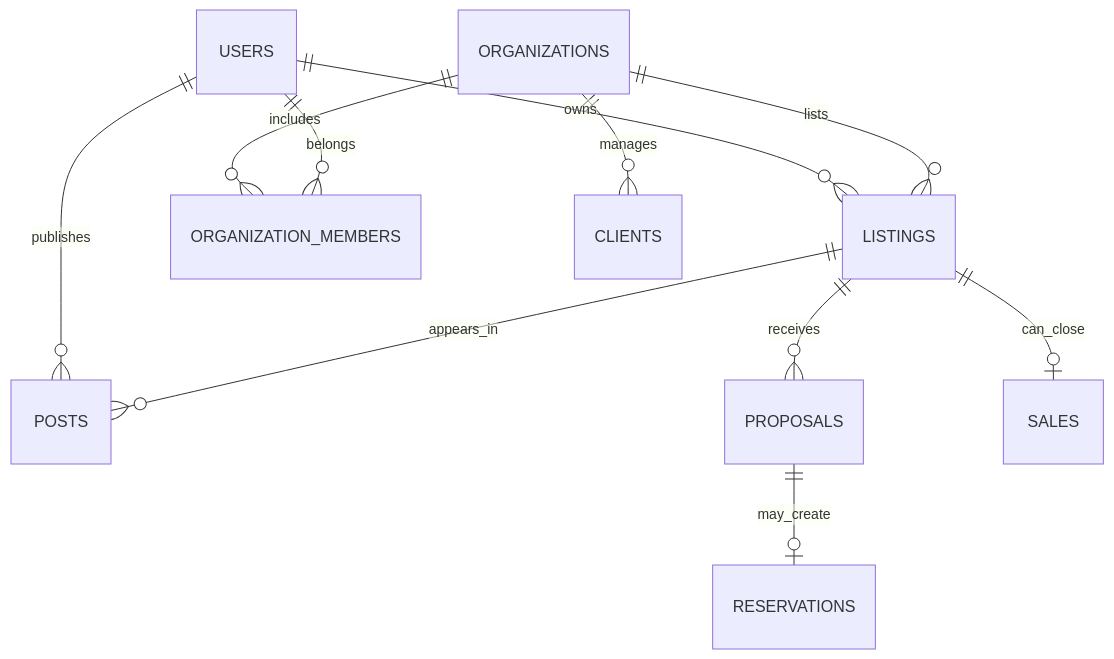
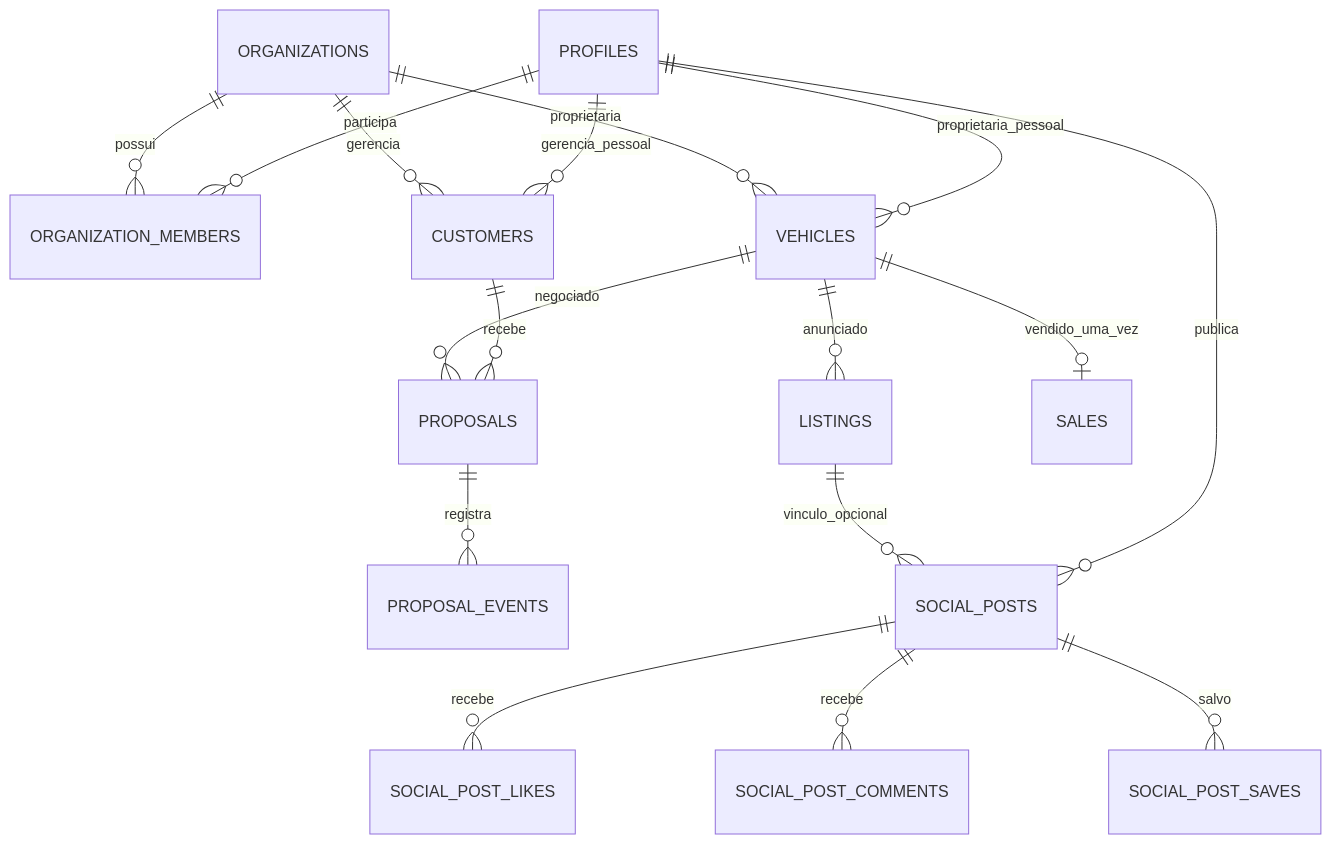
One commit to Jhenrique00/MotorSync changed the diagram in docs/modelo-de-dados.md. Above: the diagram before and after it, drawn with Mermaid. The commit also changed other lines of this file, not shown here.

````diff
--- a/docs/modelo-de-dados.md
+++ b/docs/modelo-de-dados.md
@@ -44,13 +18,19 @@
 ```mermaid
 erDiagram
-    USERS ||--o{ POSTS : publishes
-    USERS ||--o{ LISTINGS : owns
-    ORGANIZATIONS ||--o{ ORGANIZATION_MEMBERS : includes
-    USERS ||--o{ ORGANIZATION_MEMBERS : belongs
-    ORGANIZATIONS ||--o{ LISTINGS : lists
-    LISTINGS ||--o{ PROPOSALS : receives
-    LISTINGS ||--o{ POSTS : appears_in
-    PROPOSALS ||--o| RESERVATIONS : may_create
-    LISTINGS ||--o| SALES : can_close
-    ORGANIZATIONS ||--o{ CLIENTS : manages
+    PROFILES ||--o{ ORGANIZATION_MEMBERS : participa
+    ORGANIZATIONS ||--o{ ORGANIZATION_MEMBERS : possui
+    PROFILES ||--o{ VEHICLES : proprietaria_pessoal
+    ORGANIZATIONS ||--o{ VEHICLES : proprietaria
+    VEHICLES ||--o{ LISTINGS : anunciado
+    PROFILES ||--o{ CUSTOMERS : gerencia_pessoal
+    ORGANIZATIONS ||--o{ CUSTOMERS : gerencia
+    CUSTOMERS ||--o{ PROPOSALS : recebe
+    VEHICLES ||--o{ PROPOSALS : negociado
+    PROPOSALS ||--o{ PROPOSAL_EVENTS : registra
+    VEHICLES ||--o| SALES : vendido_uma_vez
+    PROFILES ||--o{ SOCIAL_POSTS : publica
+    LISTINGS ||--o{ SOCIAL_POSTS : vinculo_opcional
+    SOCIAL_POSTS ||--o{ SOCIAL_POST_LIKES : recebe
+    SOCIAL_POSTS ||--o{ SOCIAL_POST_COMMENTS : recebe
+    SOCIAL_POSTS ||--o{ SOCIAL_POST_SAVES : salvo
 ```
````
